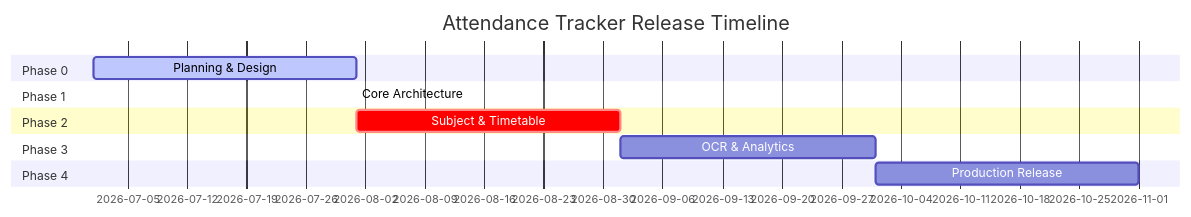
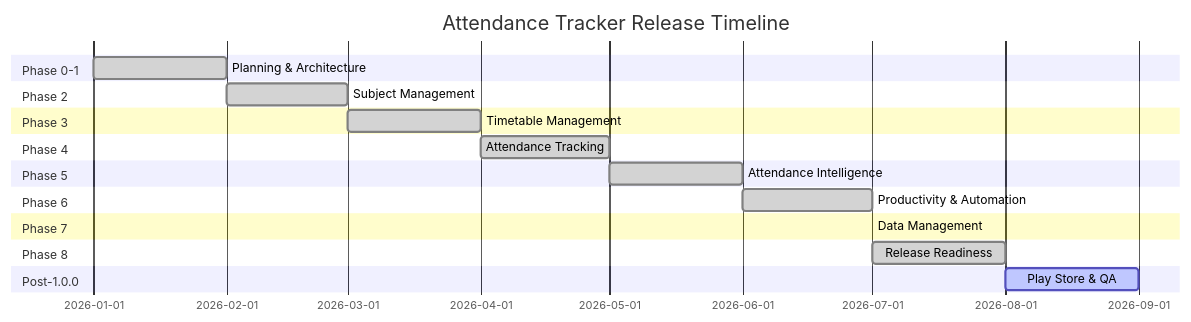
One commit to anubhab-royy/Safe75 changed the diagram in docs/Roadmap.md. Above: the diagram before and after it, drawn with Mermaid. The commit also changed other lines of this file and 35 other files, not shown here.

````diff
--- a/docs/Roadmap.md
+++ b/docs/Roadmap.md
@@ -9,15 +9,23 @@
 ```mermaid
 gantt
     title Attendance Tracker Release Timeline
     dateFormat  YYYY-MM
-    section Phase 0
-    Planning & Design    :active, p0, 2026-07, 2026-08
-    section Phase 1
-    Core Architecture    :done, p1, 2026-08, 2026-08
+    section Phase 0-1
+    Planning & Architecture   :done, p0, 2026-01, 2026-02
     section Phase 2
-    Subject & Timetable  :crit, p2, 2026-08, 2026-09
+    Subject Management        :done, p2, 2026-02, 2026-03
     section Phase 3
-    OCR & Analytics      :p3, 2026-09, 2026-10
+    Timetable Management      :done, p3, 2026-03, 2026-04
     section Phase 4
-    Production Release   :p4, 2026-10, 2026-11
+    Attendance Tracking       :done, p4, 2026-04, 2026-05
+    section Phase 5
+    Attendance Intelligence   :done, p5, 2026-05, 2026-06
+    section Phase 6
+    Productivity & Automation :done, p6, 2026-06, 2026-07
+    section Phase 7
+    Data Management           :done, p7, 2026-07, 2026-07
+    section Phase 8
+    Release Readiness         :done, p8, 2026-07, 2026-08
+    section Post-1.0.0
+    Play Store & QA           :active, p9, 2026-08, 2026-09
 ```
````
